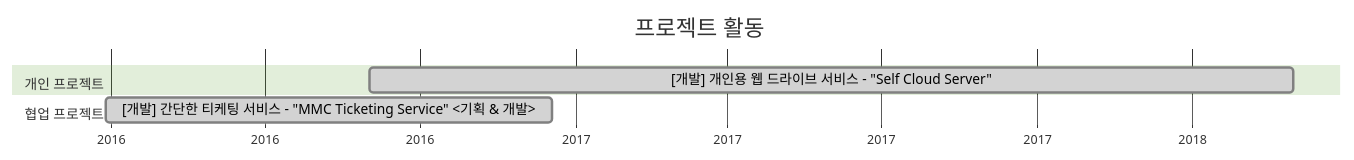
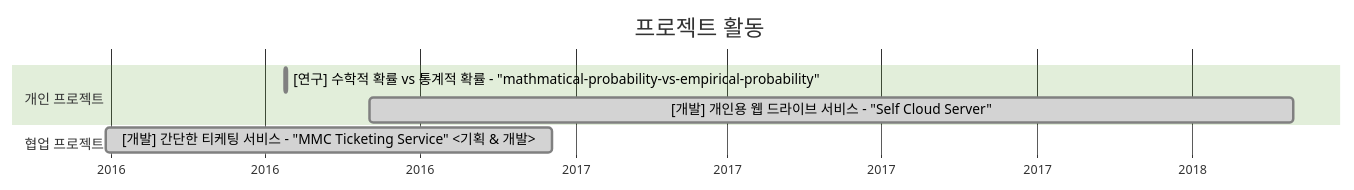
The diagram in README.md (hepheir/hepheir), drawn with Mermaid (forest theme) before and after one commit.

Commit message:
docs(README.md/Gantt 프로젝트 활동/개인): 수학적 확률 vs 통계적 확률 추가

````diff
--- a/README.md
+++ b/README.md
@@ -16,14 +16,15 @@
 ```mermaid
 gantt
     title 프로젝트 활동
     dateFormat  YYYY-MM-DD
     axisFormat %Y
 
     section 개인 프로젝트
+    [연구] 수학적 확률 vs 통계적 확률 - "mathmatical-probability-vs-empirical-probability" : done, 2016-07-13, 1d
     [개발] 개인용 웹 드라이브 서비스 - "Self Cloud Server" : done, 2016-09-01, 2018-03-02
 
     section 협업 프로젝트
     [개발] 간단한 티케팅 서비스 - "MMC Ticketing Service" <기획 & 개발> : done, 2016-03-29, 2016-12-18
 
     section 연구 활동
 ```
````
